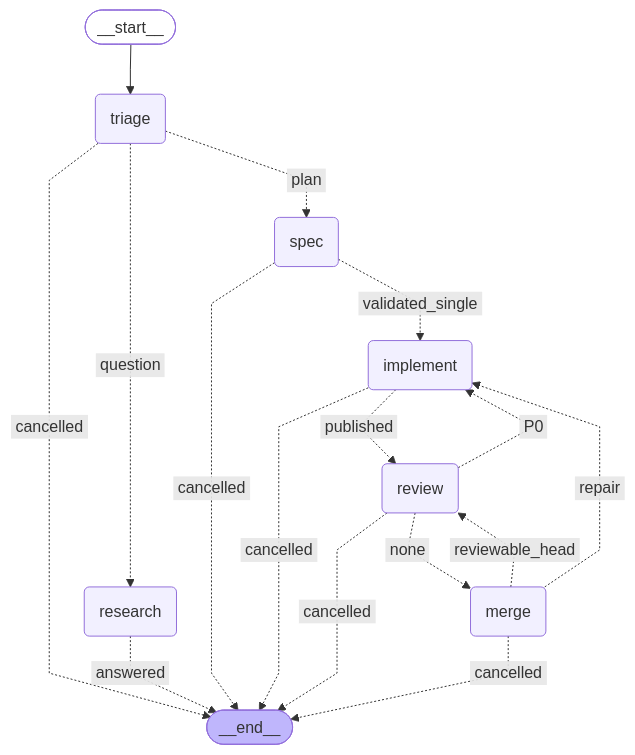
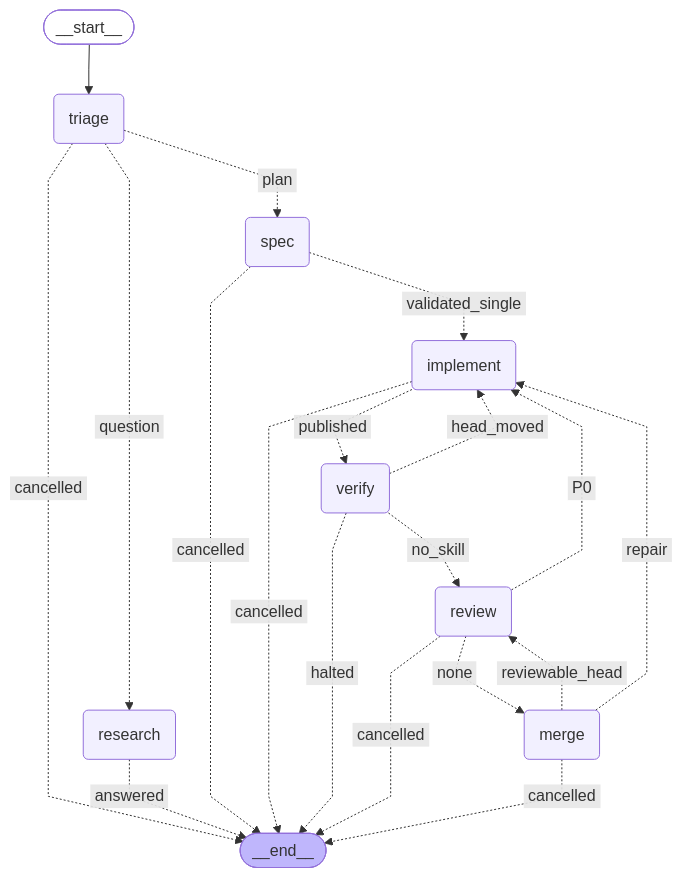
One commit to bookout-labs/tools changed the diagram in docs/graph/delivery.mmd. Above: the diagram before and after it, drawn with Mermaid. The commit also changed 27 other files, not shown here.

```diff
--- a/docs/graph/delivery.mmd
+++ b/docs/graph/delivery.mmd
@@ -1,32 +1,36 @@
 ---
 config:
   flowchart:
     curve: linear
 ---
 graph TD;
 	__start__([<p>__start__</p>]):::first
 	triage(triage)
 	research(research)
 	spec(spec)
 	implement(implement)
+	verify(verify)
 	review(review)
 	merge(merge)
 	__end__([<p>__end__</p>]):::last
 	__start__ --> triage;
 	implement -. &nbsp;cancelled&nbsp; .-> __end__;
-	implement -. &nbsp;published&nbsp; .-> review;
+	implement -. &nbsp;published&nbsp; .-> verify;
 	merge -. &nbsp;cancelled&nbsp; .-> __end__;
 	merge -. &nbsp;repair&nbsp; .-> implement;
 	merge -. &nbsp;reviewable_head&nbsp; .-> review;
 	research -. &nbsp;answered&nbsp; .-> __end__;
 	review -. &nbsp;cancelled&nbsp; .-> __end__;
 	review -. &nbsp;P0&nbsp; .-> implement;
 	review -. &nbsp;none&nbsp; .-> merge;
 	spec -. &nbsp;cancelled&nbsp; .-> __end__;
 	spec -. &nbsp;validated_single&nbsp; .-> implement;
 	triage -. &nbsp;cancelled&nbsp; .-> __end__;
 	triage -. &nbsp;question&nbsp; .-> research;
 	triage -. &nbsp;plan&nbsp; .-> spec;
+	verify -. &nbsp;halted&nbsp; .-> __end__;
+	verify -. &nbsp;head_moved&nbsp; .-> implement;
+	verify -. &nbsp;no_skill&nbsp; .-> review;
 	classDef default fill:#f2f0ff,line-height:1.2
 	classDef first fill-opacity:0
 	classDef last fill:#bfb6fc
```
